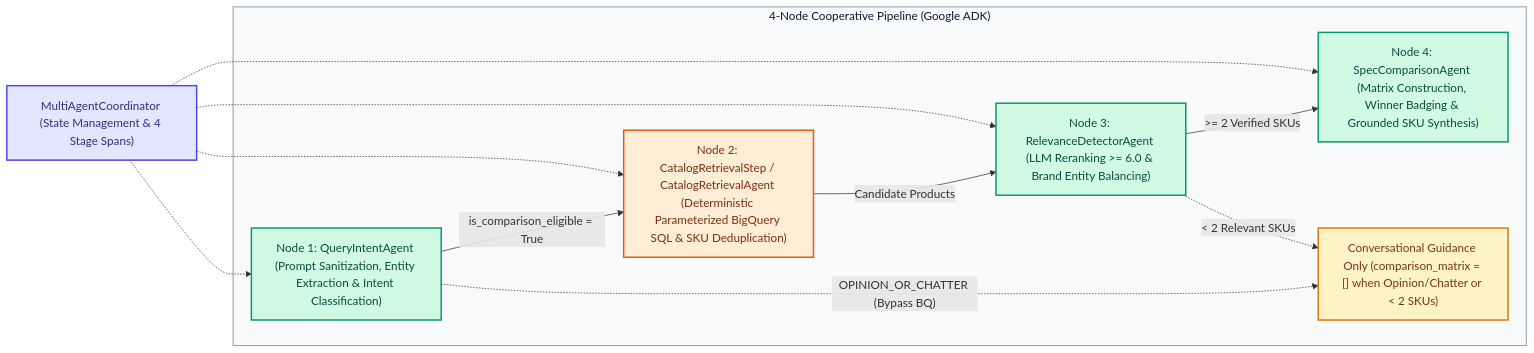
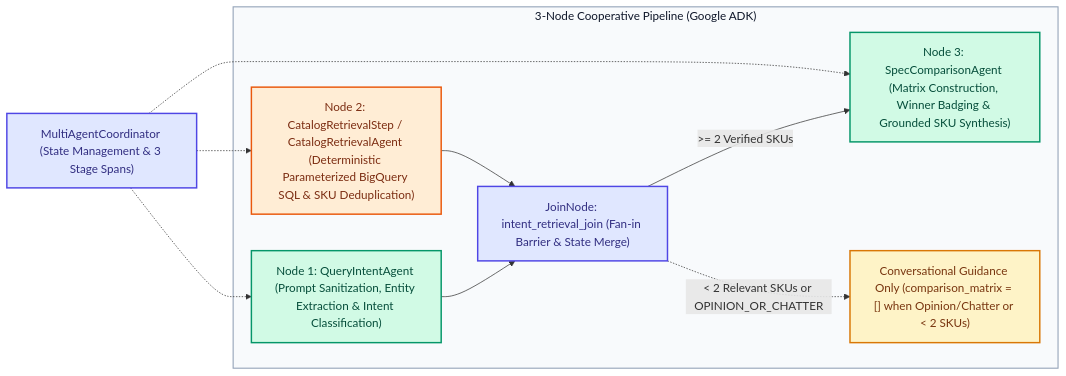
The fourth of 14 diagrams in ARCHITECTURE.md (willie3838/williamc-ecomm-capstone), drawn with Mermaid before and after one commit. The commit also changed other lines of this file and 21 other files, not shown here.

Commit message:
feat(task-1-remove-stage-3-relevance): remove stage 3 relevance ranking and collapse ADK workflow to 3 nodes

````diff
--- a/ARCHITECTURE.md
+++ b/ARCHITECTURE.md
@@ -264,26 +263,25 @@
 ```mermaid
 flowchart LR
     classDef coord fill:#e0e7ff,stroke:#4f46e5,stroke-width:2px,color:#312e81
     classDef llmNode fill:#d1fae5,stroke:#059669,stroke-width:2px,color:#064e3b
     classDef sqlNode fill:#ffedd5,stroke:#ea580c,stroke-width:2px,color:#7c2d12
     classDef suppress fill:#fef3c7,stroke:#d97706,stroke-width:2px,color:#78350f
 
-    Coord["MultiAgentCoordinator (State Management & 4 Stage Spans)"]:::coord
+    Coord["MultiAgentCoordinator (State Management & 3 Stage Spans)"]:::coord
 
-    subgraph MultiAgent ["4-Node Cooperative Pipeline (Google ADK)"]
+    subgraph MultiAgent ["3-Node Cooperative Pipeline (Google ADK)"]
         Q["Node 1: QueryIntentAgent (Prompt Sanitization, Entity Extraction & Intent Classification)"]:::llmNode
         R["Node 2: CatalogRetrievalStep / CatalogRetrievalAgent (Deterministic Parameterized BigQuery SQL & SKU Deduplication)"]:::sqlNode
-        RD["Node 3: RelevanceDetectorAgent (LLM Reranking >= 6.0 & Brand Entity Balancing)"]:::llmNode
-        S["Node 4: SpecComparisonAgent (Matrix Construction, Winner Badging & Grounded SKU Synthesis)"]:::llmNode
+        Join["JoinNode: intent_retrieval_join (Fan-in Barrier & State Merge)"]:::coord
+        S["Node 3: SpecComparisonAgent (Matrix Construction, Winner Badging & Grounded SKU Synthesis)"]:::llmNode
         G["Conversational Guidance Only (comparison_matrix = [] when Opinion/Chatter or < 2 SKUs)"]:::suppress
 
-        Q -->|"is_comparison_eligible = True"| R
-        Q -.->|"OPINION_OR_CHATTER (Bypass BQ)"| G
-        R -->|"Candidate Products"| RD
-        RD -->|">= 2 Verified SKUs"| S
-        RD -.->|"< 2 Relevant SKUs"| G
+        Q --> Join
+        R --> Join
+        Join -->|">= 2 Verified SKUs"| S
+        Join -.->|"< 2 Relevant SKUs or OPINION_OR_CHATTER"| G
     end
 
     style MultiAgent fill:#f8fafc,stroke:#94a3b8,stroke-width:1.5px,color:#0f172a
-    Coord -.-> Q & R & RD & S
+    Coord -.-> Q & R & S
 ```
````
